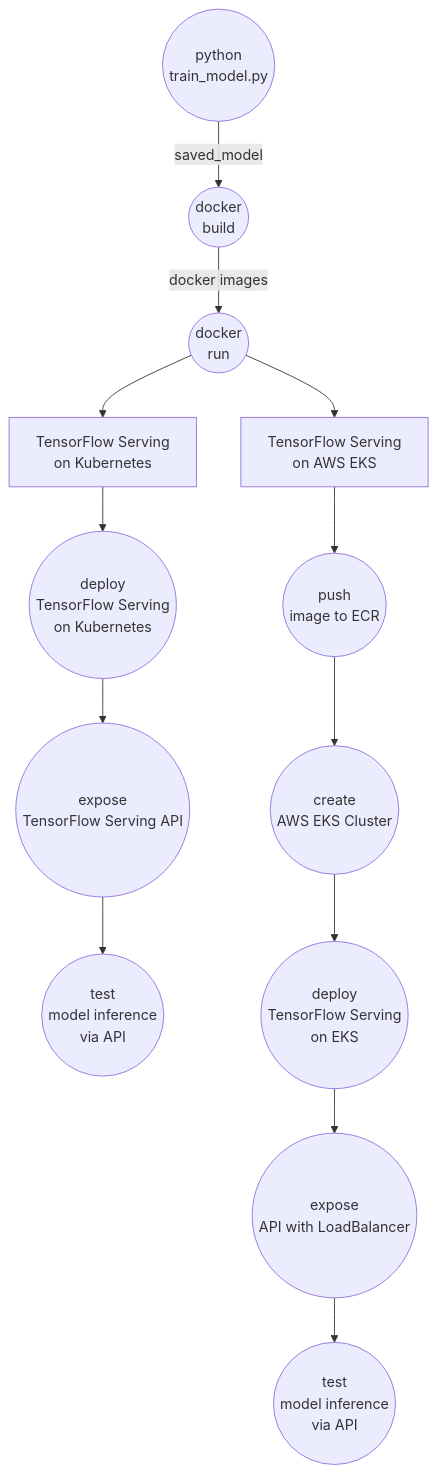
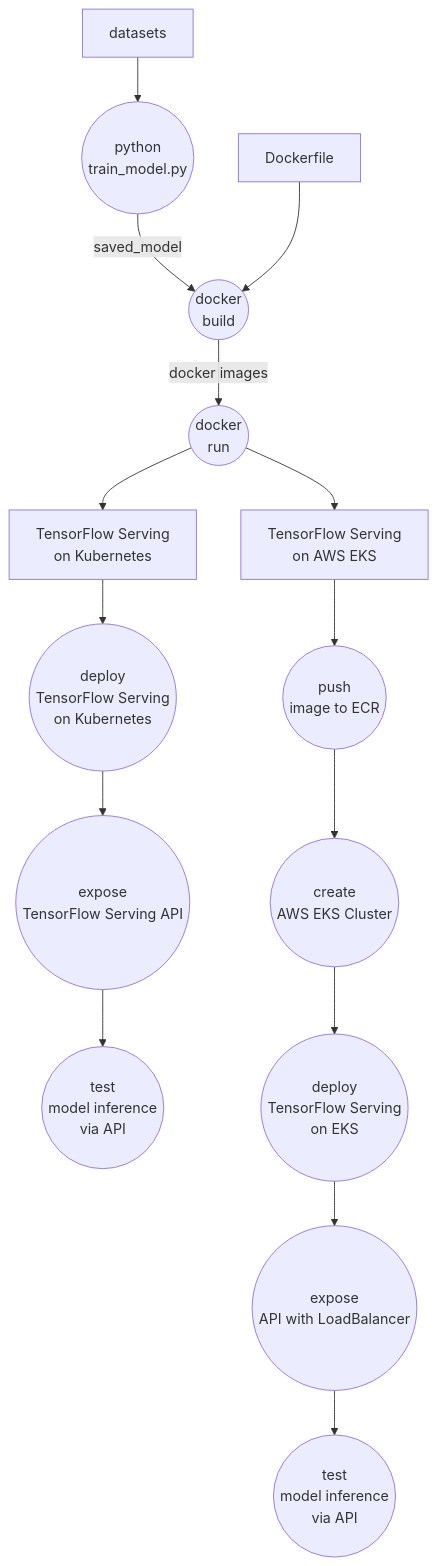
Before and after one commit to ketut-garjita/E-Commerce-Engagement-ML: the first of 3 diagrams in README.md, drawn with Mermaid.

````diff
--- a/README.md
+++ b/README.md
@@ -113,34 +113,37 @@
 ```mermaid
 graph TD
     A((python
 train_model.py)) --> | saved_model | B((docker
 build))
     B --> | docker images | C((docker
 run))
     C --> D1[TensorFlow Serving 
 on Kubernetes]
     C --> D2[TensorFlow Serving 
 on AWS EKS]
     
     D1 --> E1((deploy
 TensorFlow Serving
 on Kubernetes))
     E1 --> F1((expose
 TensorFlow Serving API))
     F1 --> G1((test 
 model inference
 via API))
 
     D2 --> E2((push
 image to ECR))
     E2 --> F2((create
 AWS EKS Cluster))
     F2 --> G2((deploy 
 TensorFlow Serving
 on EKS))
     G2 --> H2((expose
 API with LoadBalancer))
     H2 --> I2((test 
 model inference
 via API))
+datasets --> A
+Dockerfile --> B
+
 ```
````
